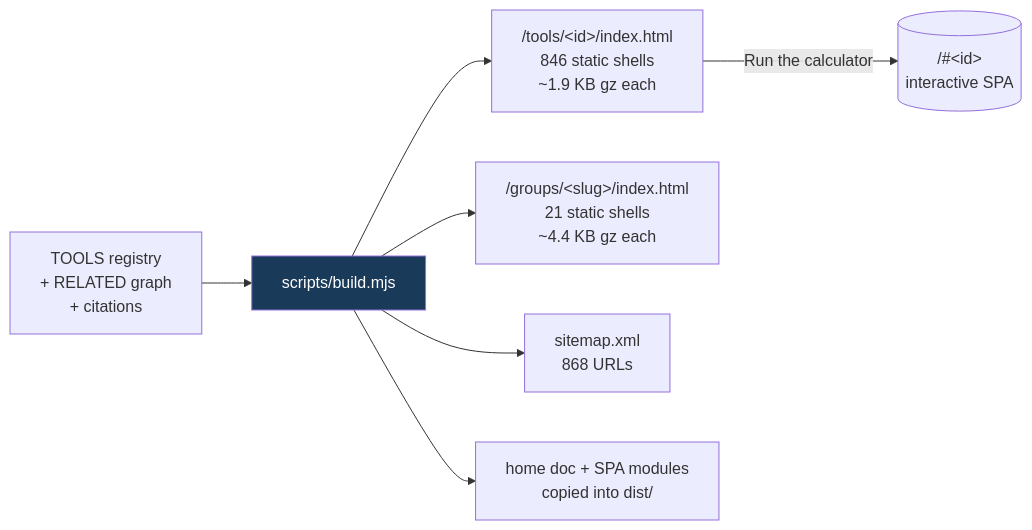
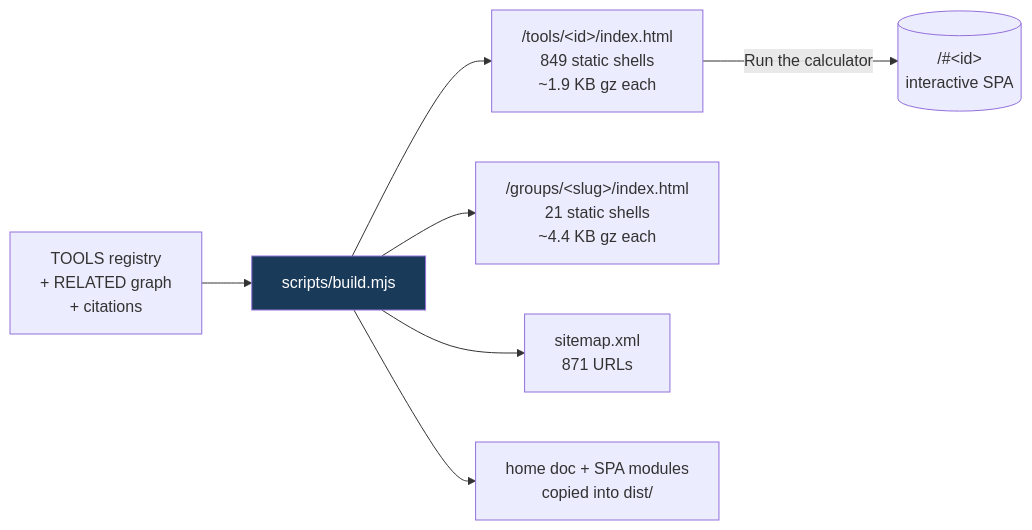
The fifth of 8 diagrams in README.md (clay-good/roughlogic.com), drawn with Mermaid before and after one commit. The commit also changed other lines of this file and 19 other files, not shown here.

````diff
--- a/README.md
+++ b/README.md
@@ -495,10 +495,10 @@
 ```mermaid
 flowchart LR
     SRC[TOOLS registry\n+ RELATED graph\n+ citations] --> BUILD[scripts/build.mjs]
-    BUILD --> TILE["/tools/&lt;id&gt;/index.html\n846 static shells\n~1.9 KB gz each"]
+    BUILD --> TILE["/tools/&lt;id&gt;/index.html\n849 static shells\n~1.9 KB gz each"]
     BUILD --> GROUP["/groups/&lt;slug&gt;/index.html\n21 static shells\n~4.4 KB gz each"]
-    BUILD --> MAP["sitemap.xml\n868 URLs"]
+    BUILD --> MAP["sitemap.xml\n871 URLs"]
     BUILD --> COPY[home doc + SPA modules\ncopied into dist/]
     TILE -->|Run the calculator| SPA[("/#&lt;id&gt;\ninteractive SPA")]
     style BUILD fill:#1a3a5a,color:#fff
 ```
````
